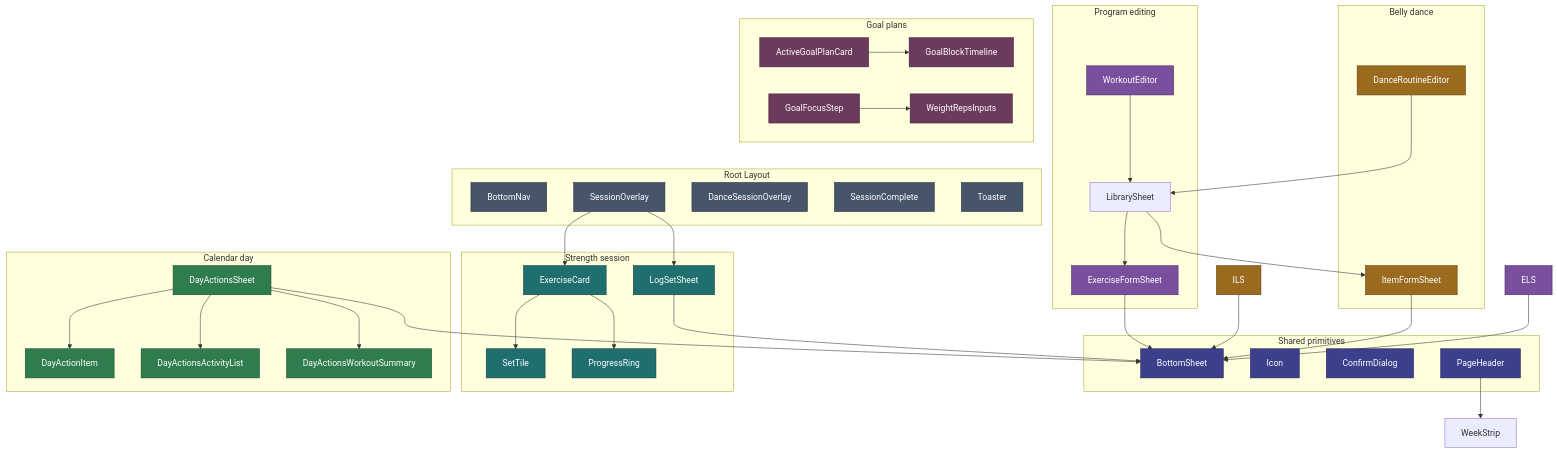
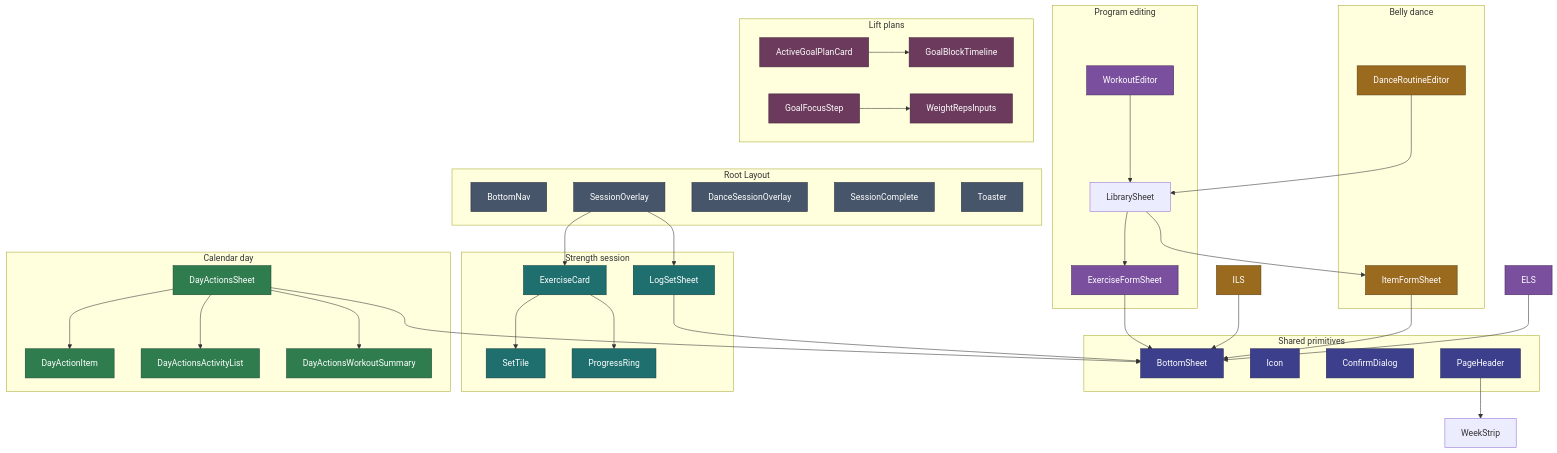
One commit to jermbo/CosmicWorkOut changed the diagram in docs/implementation/components.md. Above: the diagram before and after it, drawn with Mermaid. The commit also changed other lines of this file and 74 other files, not shown here.

````diff
--- a/docs/implementation/components.md
+++ b/docs/implementation/components.md
@@ -209,74 +211,74 @@
 ```mermaid
 flowchart TB
     subgraph layout ["Root Layout"]
         BN[BottomNav]
         SO[SessionOverlay]
         DSO[DanceSessionOverlay]
         SC[SessionComplete]
         TO[Toaster]
     end
 
     subgraph shared ["Shared primitives"]
         BS[BottomSheet]
         IC[Icon]
         CD[ConfirmDialog]
         PH[PageHeader]
     end
 
     subgraph strength ["Strength session"]
         EC[ExerciseCard]
         ST[SetTile]
         LS[LogSetSheet]
         PR[ProgressRing]
     end
 
     subgraph editor ["Program editing"]
         WE[WorkoutEditor]
         LIB[LibrarySheet]
         EFS[ExerciseFormSheet]
     end
 
     subgraph dance ["Belly dance"]
         DRE[DanceRoutineEditor]
         IFS[ItemFormSheet]
     end
 
-    subgraph goals ["Goal plans"]
+    subgraph goals ["Lift plans"]
         AGPC[ActiveGoalPlanCard]
         GBT[GoalBlockTimeline]
         GFS[GoalFocusStep]
         WRI[WeightRepsInputs]
     end
 
     subgraph dayactions ["Calendar day"]
         DAS[DayActionsSheet]
         DAI[DayActionItem]
         DAAL[DayActionsActivityList]
         DAWS[DayActionsWorkoutSummary]
     end
 
     SO --> EC --> PR & ST
     SO --> LS
     WE --> LIB --> EFS
     DRE --> LIB --> IFS
     AGPC --> GBT
     GFS --> WRI
     DAS --> DAI & DAAL & DAWS
     PH --> WeekStrip
     LS & EFS & ILS & IFS & ELS & DAS --> BS
 
     classDef layout fill:#465569,stroke:#28313e,color:#ffffff;
     classDef shared fill:#3b3f8c,stroke:#23264f,color:#ffffff;
     classDef strength fill:#1f6f6f,stroke:#0f3a3a,color:#ffffff;
     classDef editor fill:#7a4f9e,stroke:#46295c,color:#ffffff;
     classDef dance fill:#9a6a1f,stroke:#5c3f12,color:#ffffff;
     classDef goals fill:#6b3a5c,stroke:#3d2235,color:#ffffff;
     classDef day fill:#2f7d4f,stroke:#1a472d,color:#ffffff;
     class BN,SO,DSO,SC,TO layout;
     class BS,IC,CD,PH shared;
     class EC,ST,LS,PR strength;
     class WE,ELS,EFS editor;
     class DRE,ILS,IFS dance;
     class AGPC,GBT,GFS,WRI goals;
     class DAS,DAI,DAAL,DAWS day;
 ```
````
